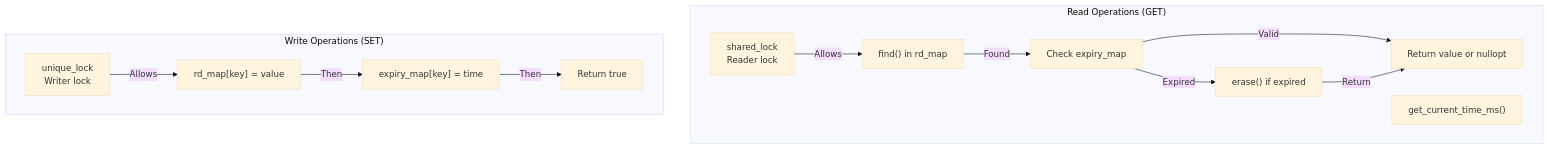
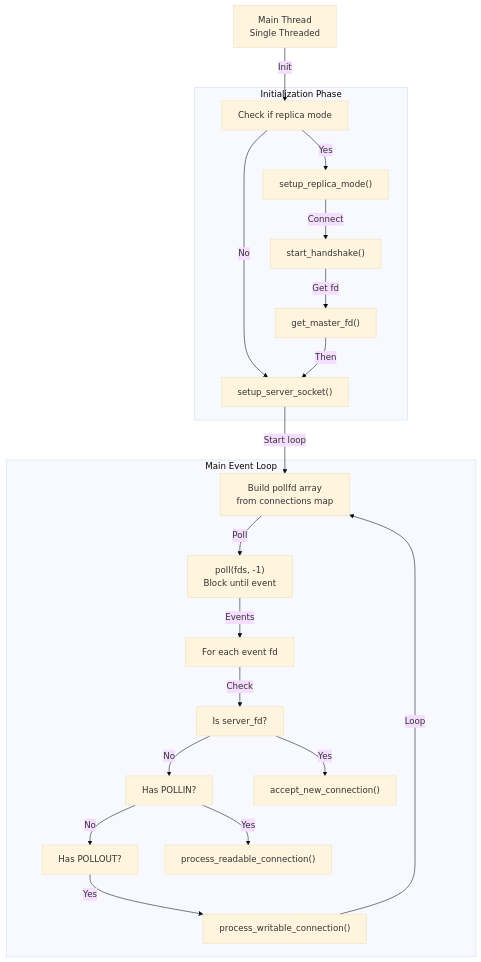
Before and after one commit to jsparrow08/redis-cpp: the eighth of 9 diagrams in src/CURRENT_ARCHITECTURE.md, drawn with Mermaid (base theme). The commit also changed other lines of this file and 8 other files, not shown here.

Commit message:
replica db update from master Command straem

````diff
--- a/src/CURRENT_ARCHITECTURE.md
+++ b/src/CURRENT_ARCHITECTURE.md
@@ -234,28 +256,42 @@
 ```mermaid
 graph TB
-    subgraph "Read Operations (GET)"
-        READ_LOCK["shared_lock<br/>Reader lock"]
-        FIND_KEY["find() in rd_map"]
-        CHECK_EXPIRY["Check expiry_map"]
-        CALC_TIME["get_current_time_ms()"]
-        ERASE_EXPIRED["erase() if expired"]
-        RETURN_VALUE["Return value or nullopt"]
+    MAIN["Main Thread<br/>Single Threaded"]
+
+    subgraph "Initialization Phase"
+        CHECK_REPLICA["Check if replica mode"]
+        INIT_REPL["setup_replica_mode()"]
+        HANDSHAKE["start_handshake()"]
+        GET_FD["get_master_fd()"]
+        SETUP_SOCK["setup_server_socket()"]
     end
 
-    subgraph "Write Operations (SET)"
-        WRITE_LOCK["unique_lock<br/>Writer lock"]
-        INSERT_KV["rd_map[key] = value"]
-        INSERT_EXPIRY["expiry_map[key] = time"]
-        RETURN_TRUE["Return true"]
+    subgraph "Main Event Loop"
+        BUILD_POLL["Build pollfd array<br/>from connections map"]
+        CALL_POLL["poll(fds, -1)<br/>Block until event"]
+        ITERATE["For each event fd"]
+        CHECK_NEW["Is server_fd?"]
+        CHECK_READ["Has POLLIN?"]
+        CHECK_WRITE["Has POLLOUT?"]
+        ACCEPT_CONN["accept_new_connection()"]
+        READ_CONN["process_readable_connection()"]
+        WRITE_CONN["process_writable_connection()"]
     end
 
-    READ_LOCK -->|Allows| FIND_KEY
-    FIND_KEY -->|Found| CHECK_EXPIRY
-    CHECK_EXPIRY -->|Expired| ERASE_EXPIRED
-    CHECK_EXPIRY -->|Valid| RETURN_VALUE
-    ERASE_EXPIRED -->|Return| RETURN_VALUE
-
-    WRITE_LOCK -->|Allows| INSERT_KV
-    INSERT_KV -->|Then| INSERT_EXPIRY
-    INSERT_EXPIRY -->|Then| RETURN_TRUE
+    MAIN -->|Init| CHECK_REPLICA
+    CHECK_REPLICA -->|Yes| INIT_REPL
+    CHECK_REPLICA -->|No| SETUP_SOCK
+    INIT_REPL -->|Connect| HANDSHAKE
+    HANDSHAKE -->|Get fd| GET_FD
+    GET_FD -->|Then| SETUP_SOCK
+    SETUP_SOCK -->|Start loop| BUILD_POLL
+    
+    BUILD_POLL -->|Poll| CALL_POLL
+    CALL_POLL -->|Events| ITERATE
+    ITERATE -->|Check| CHECK_NEW
+    CHECK_NEW -->|Yes| ACCEPT_CONN
+    CHECK_NEW -->|No| CHECK_READ
+    CHECK_READ -->|Yes| READ_CONN
+    CHECK_READ -->|No| CHECK_WRITE
+    CHECK_WRITE -->|Yes| WRITE_CONN
+    WRITE_CONN -->|Loop| BUILD_POLL
 ```
````
